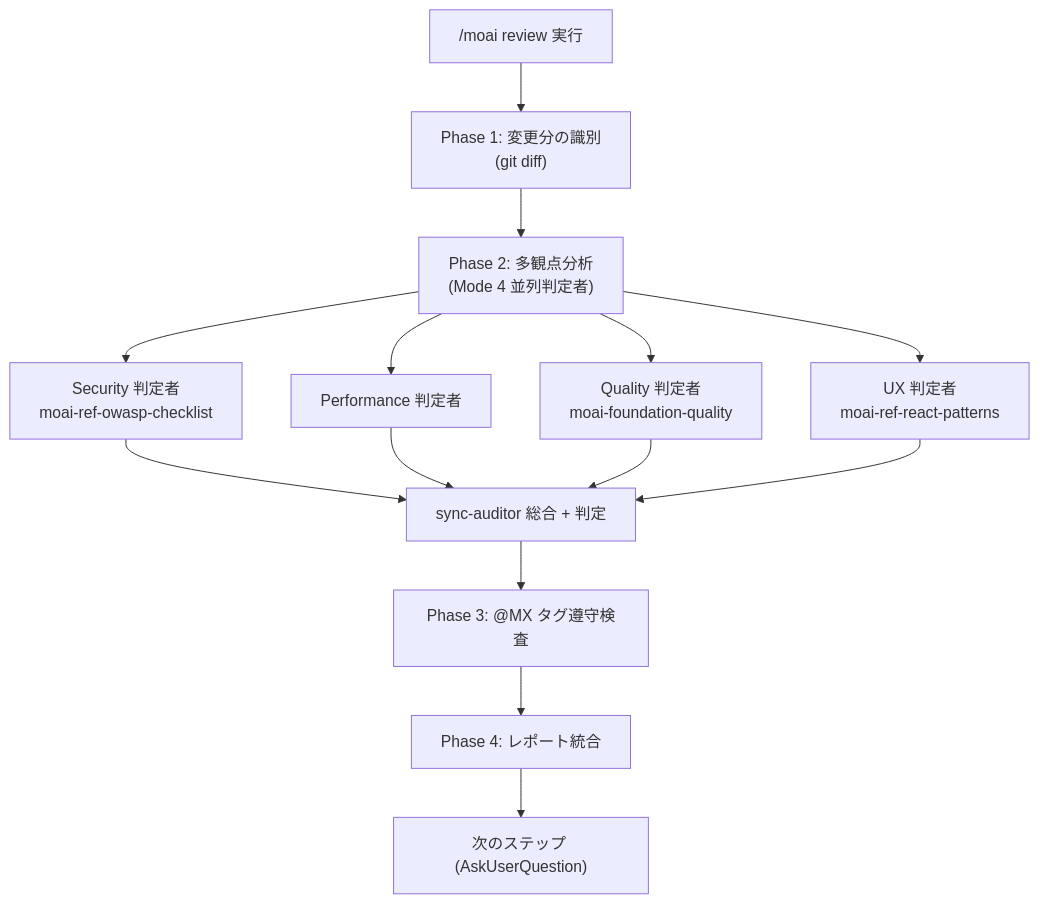
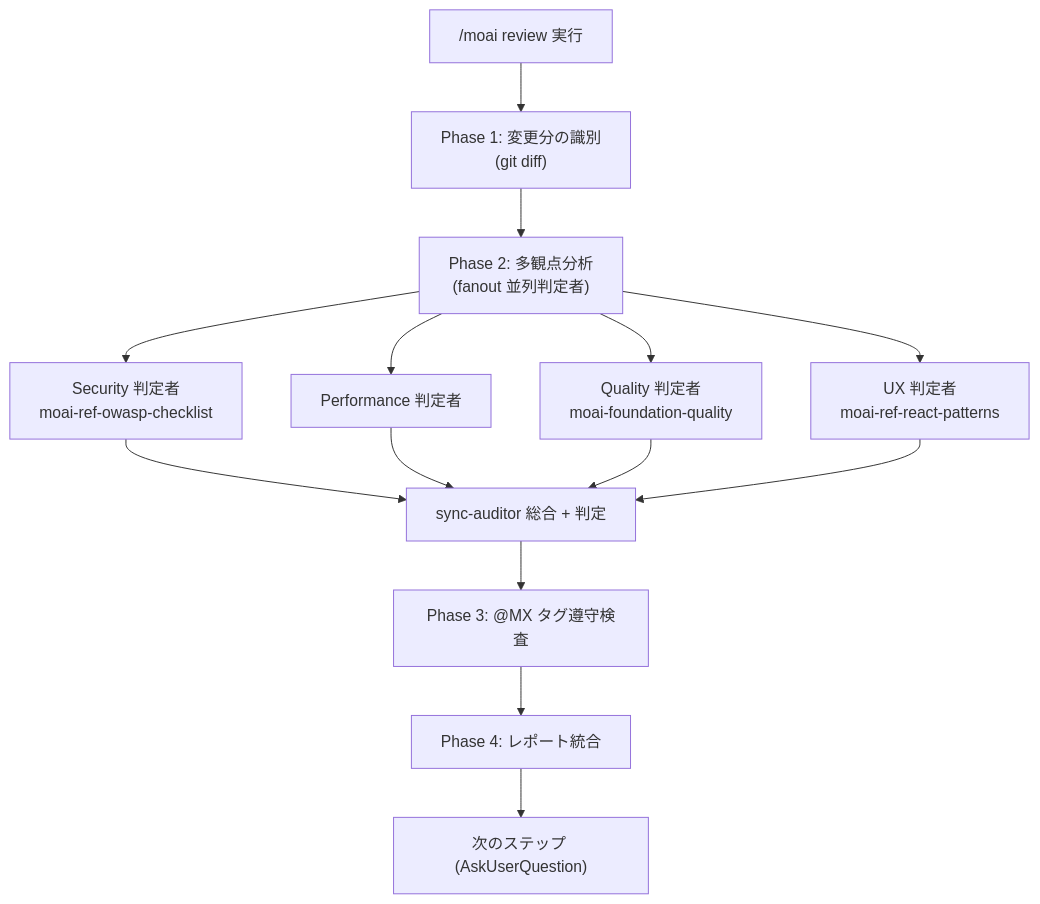
The diagram in docs-site/content/ja/utility-commands/moai-review.md (modu-ai/moai-adk), drawn with Mermaid before and after one commit. The commit also changed other lines of this file and 80 other files, not shown here.

````diff
--- a/docs-site/content/ja/utility-commands/moai-review.md
+++ b/docs-site/content/ja/utility-commands/moai-review.md
@@ -36,19 +36,19 @@
 ```mermaid
 flowchart TD
     Start["/moai review 実行"] --> Phase1["Phase 1: 変更分の識別<br/>(git diff)"]
-    Phase1 --> Phase2["Phase 2: 多観点分析<br/>(Mode 4 並列判定者)"]
+    Phase1 --> Phase2["Phase 2: 多観点分析<br/>(fanout 並列判定者)"]
 
     Phase2 --> Sec["Security 判定者<br/>moai-ref-owasp-checklist"]
     Phase2 --> Perf["Performance 判定者"]
     Phase2 --> Qual["Quality 判定者<br/>moai-foundation-quality"]
     Phase2 --> UX["UX 判定者<br/>moai-ref-react-patterns"]
 
     Sec --> Synth["sync-auditor 総合 + 判定"]
     Perf --> Synth
     Qual --> Synth
     UX --> Synth
 
     Synth --> Phase3["Phase 3: @MX タグ遵守検査"]
     Phase3 --> Phase4["Phase 4: レポート統合"]
     Phase4 --> Next["次のステップ (AskUserQuestion)"]
 ```
````
